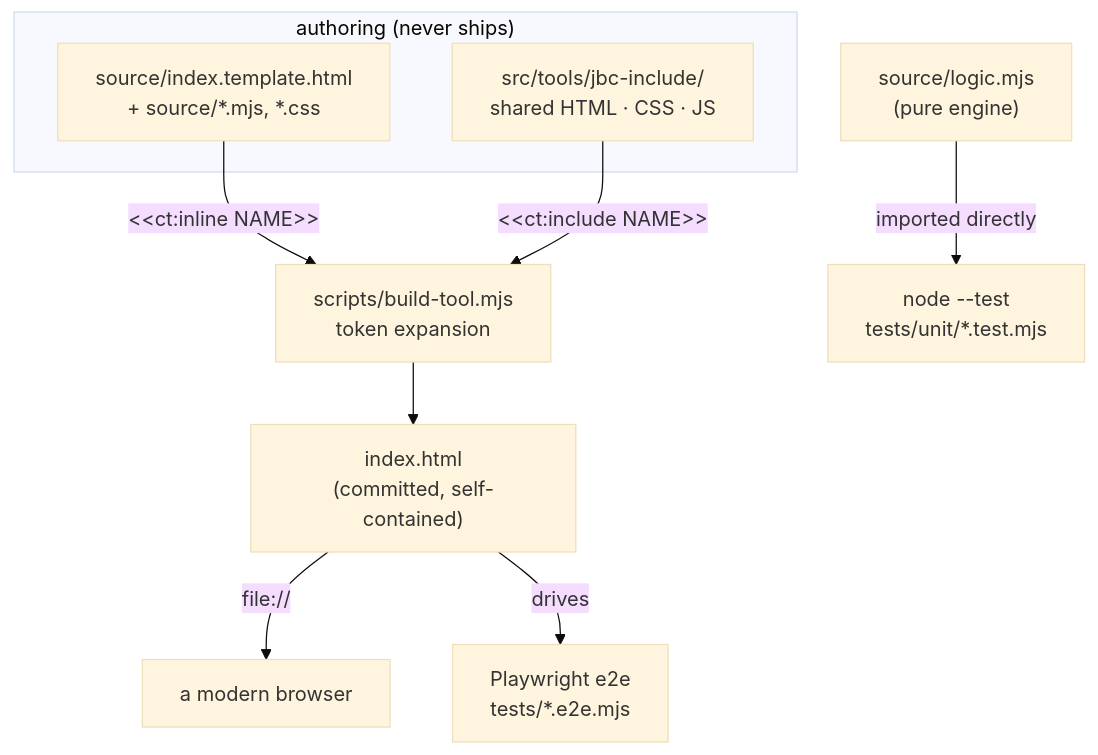
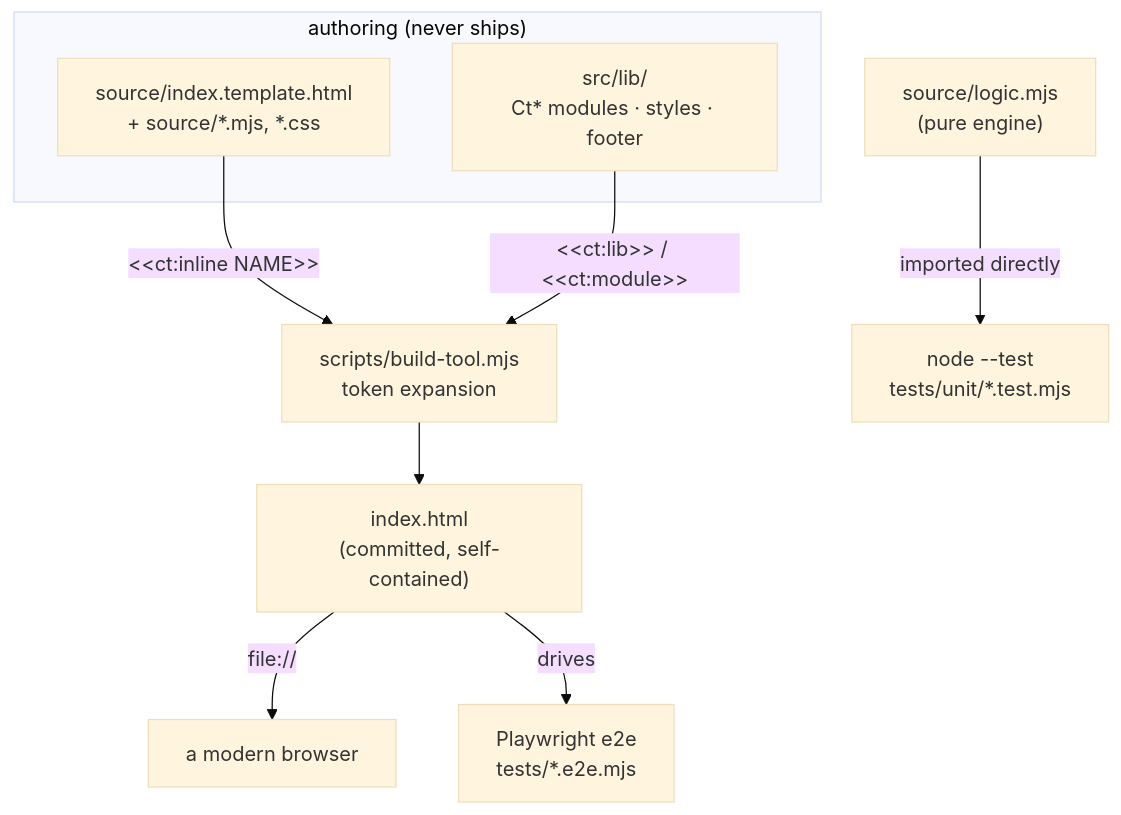
Before and after one commit to codercowboy/claude-tools: the first of 2 diagrams in docs/technical.md, drawn with Mermaid (base theme). The commit also changed other lines of this file and 244 other files, not shown here.

````diff
--- a/docs/technical.md
+++ b/docs/technical.md
@@ -15,13 +15,13 @@
 ```mermaid
 flowchart TB
   subgraph Author["authoring (never ships)"]
     T["source/index.template.html<br/>+ source/*.mjs, *.css"]
-    Inc["src/tools/jbc-include/<br/>shared HTML · CSS · JS"]
+    Inc["src/lib/<br/>Ct* modules · styles · footer"]
   end
   T -->|"&lt;&lt;ct:inline NAME&gt;&gt;"| Build
-  Inc -->|"&lt;&lt;ct:include NAME&gt;&gt;"| Build
+  Inc -->|"&lt;&lt;ct:lib&gt;&gt; / &lt;&lt;ct:module&gt;&gt;"| Build
   Build["scripts/build-tool.mjs<br/>token expansion"] --> Out["index.html<br/>(committed, self-contained)"]
   Out -->|"file://"| Browser["a modern browser"]
   Out -->|"drives"| E2E["Playwright e2e<br/>tests/*.e2e.mjs"]
   Logic["source/logic.mjs<br/>(pure engine)"] -->|"imported directly"| Unit["node --test<br/>tests/unit/*.test.mjs"]
 ```
````
